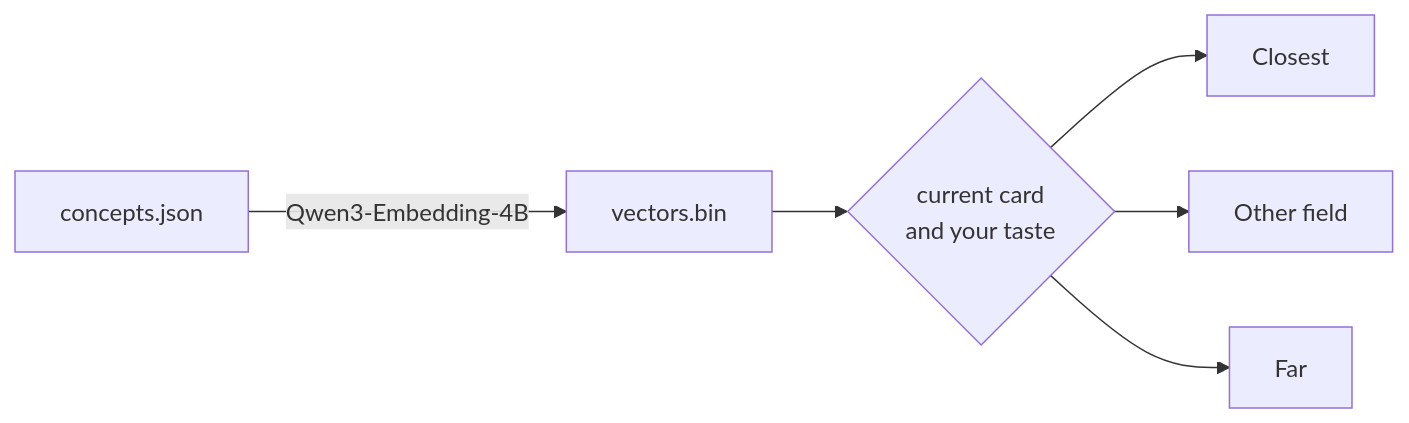
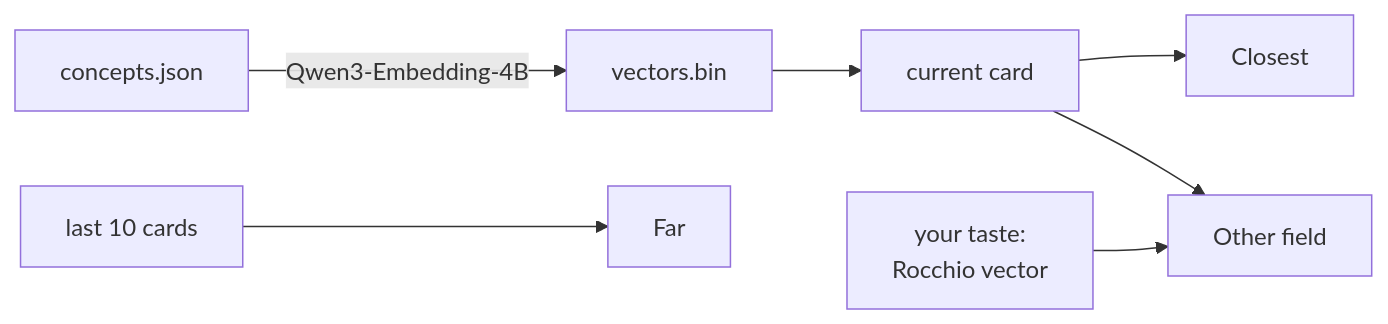
Before and after one commit to gustavecortal/derive: the diagram in README.md, drawn with Mermaid. The commit also changed other lines of this file and 4 other files, not shown here.

````diff
--- a/README.md
+++ b/README.md
@@ -33,8 +23,9 @@
 ```mermaid
 flowchart LR
   A[concepts.json] -->|Qwen3-Embedding-4B| B[vectors.bin]
-  B --> C{current card<br/>and your taste}
+  B --> C[current card]
   C --> D[Closest]
   C --> E[Other field]
-  C --> F[Far]
+  T[your taste:<br/>Rocchio vector] --> E
+  R[last 10 cards] --> F[Far]
 ```
````
